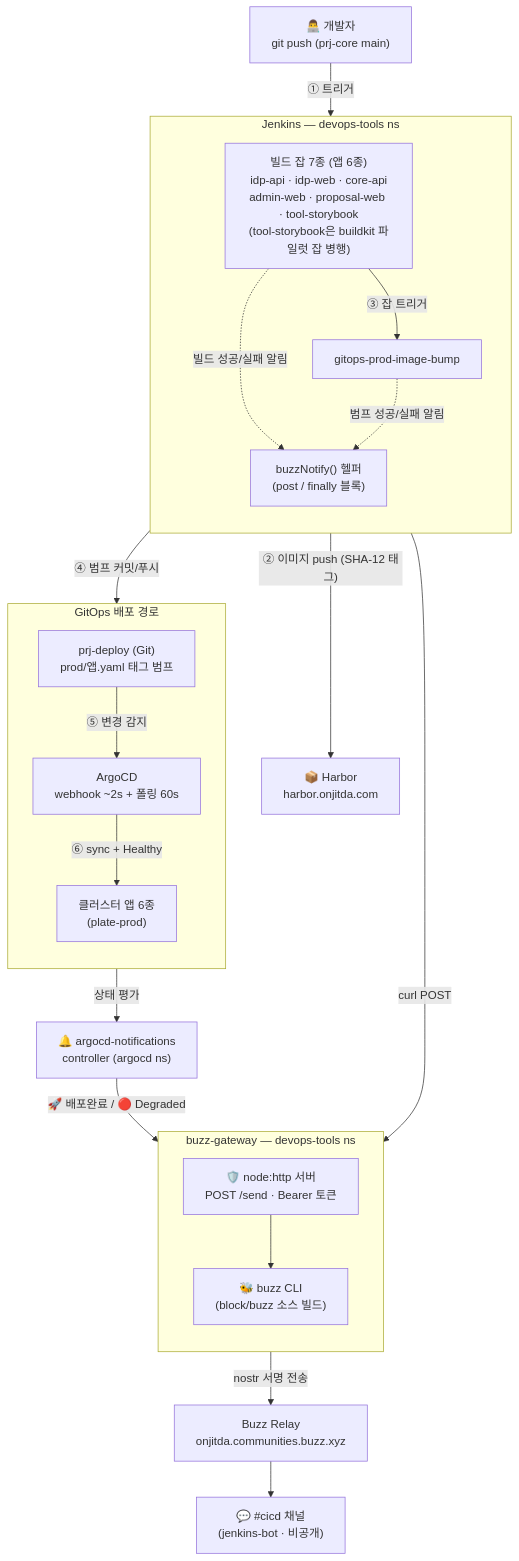
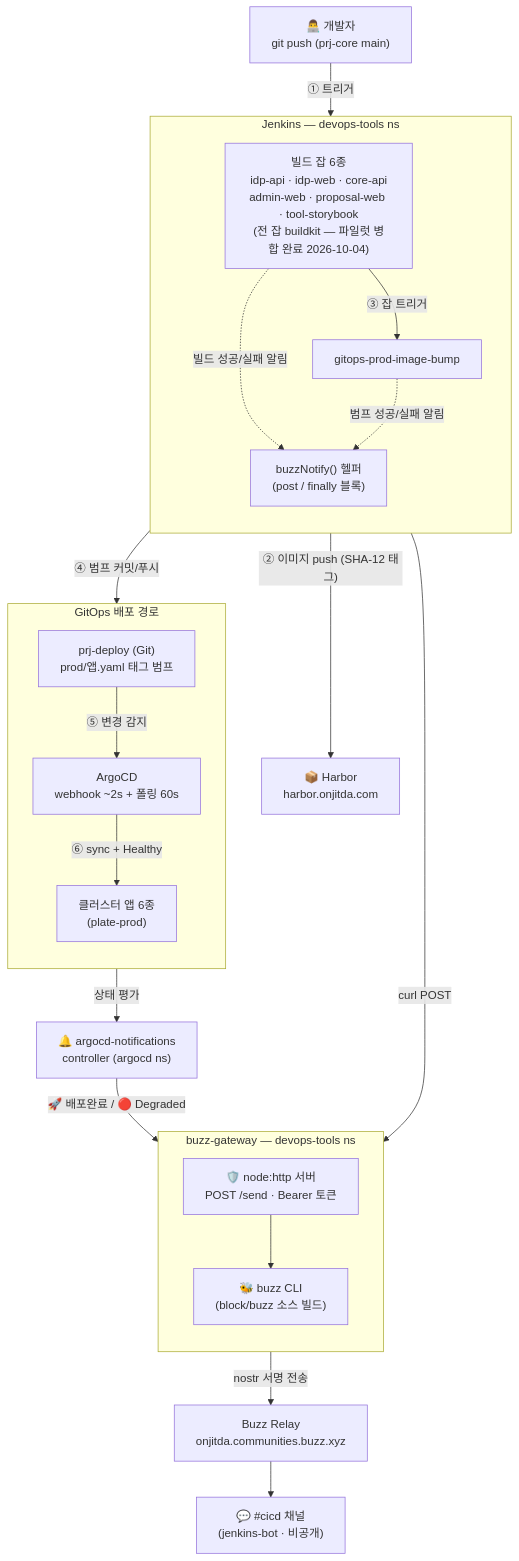
One commit to kimjoongwon/prj-devops changed the first of 7 diagrams in docs/buzz-architecture-visual.md. Above: the diagram before and after it, drawn with Mermaid. The commit also changed other lines of this file and 9 other files, not shown here.

````diff
--- a/docs/buzz-architecture-visual.md
+++ b/docs/buzz-architecture-visual.md
@@ -10,47 +10,47 @@
 ```mermaid
 flowchart TB
     DEV["👨‍💻 개발자<br/>git push (prj-core main)"]
 
     subgraph JENKINS["Jenkins — devops-tools ns"]
         direction TB
-        BJ["빌드 잡 7종 (앱 6종)<br/>idp-api · idp-web · core-api<br/>admin-web · proposal-web · tool-storybook<br/>(tool-storybook은 buildkit 파일럿 잡 병행)"]
+        BJ["빌드 잡 6종<br/>idp-api · idp-web · core-api<br/>admin-web · proposal-web · tool-storybook<br/>(전 잡 buildkit — 파일럿 병합 완료 2026-10-04)"]
         GJ["gitops-prod-image-bump"]
         BN["buzzNotify() 헬퍼<br/>(post / finally 블록)"]
     end
 
     HARBOR["📦 Harbor<br/>harbor.onjitda.com"]
 
     subgraph GITOPS["GitOps 배포 경로"]
         direction TB
         PD["prj-deploy (Git)<br/>prod/앱.yaml 태그 범프"]
         ARGO["ArgoCD<br/>webhook ~2s + 폴링 60s"]
         APPS["클러스터 앱 6종<br/>(plate-prod)"]
     end
 
     NC["🔔 argocd-notifications<br/>controller (argocd ns)"]
 
     subgraph GWNS["buzz-gateway — devops-tools ns"]
         direction TB
         GW["🛡️ node:http 서버<br/>POST /send · Bearer 토큰"]
         CLI["🐝 buzz CLI<br/>(block/buzz 소스 빌드)"]
         GW --> CLI
     end
 
     RELAY["Buzz Relay<br/>onjitda.communities.buzz.xyz"]
     CICD["💬 #cicd 채널<br/>(jenkins-bot · 비공개)"]
 
     DEV -->|"① 트리거"| BJ
     BJ -->|"② 이미지 push (SHA-12 태그)"| HARBOR
     BJ -->|"③ 잡 트리거"| GJ
     GJ -->|"④ 범프 커밋/푸시"| PD
     PD -->|"⑤ 변경 감지"| ARGO
     ARGO -->|"⑥ sync + Healthy"| APPS
     ARGO -->|"상태 평가"| NC
 
     BJ -.->|"빌드 성공/실패 알림"| BN
     GJ -.->|"범프 성공/실패 알림"| BN
     BN -->|"curl POST"| GW
     NC -->|"🚀 배포완료 / 🔴 Degraded"| GW
     CLI -->|"nostr 서명 전송"| RELAY
     RELAY --> CICD
 ```
````
